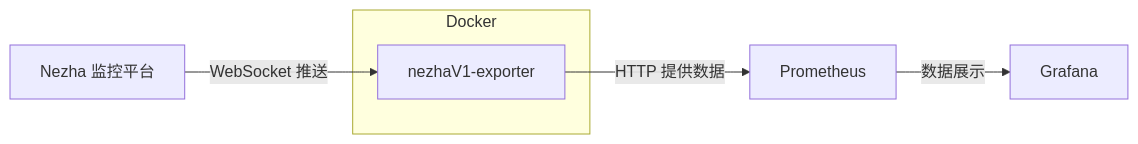
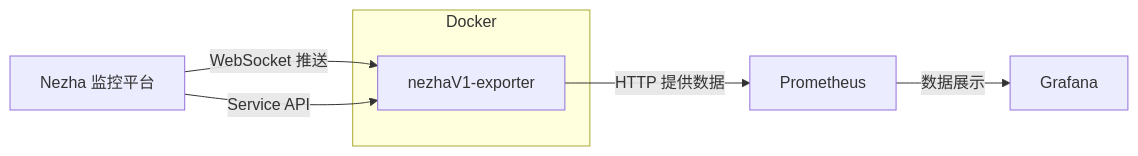
Before and after one commit to Moeyuuko/nezhaV1-exporter: the first of 2 diagrams in README.md, drawn with Mermaid. The commit also changed other lines of this file and 4 other files, not shown here.

````diff
--- a/README.md
+++ b/README.md
@@ -14,9 +15,10 @@
 ```mermaid
 flowchart LR
     A[Nezha 监控平台] -- WebSocket 推送 --> B[nezhaV1-exporter]
+    A -- Service API --> B
     B -- HTTP 提供数据 --> C[Prometheus]
     C -- 数据展示 --> D[Grafana]
     subgraph Docker
         B
     end
 ```
````
